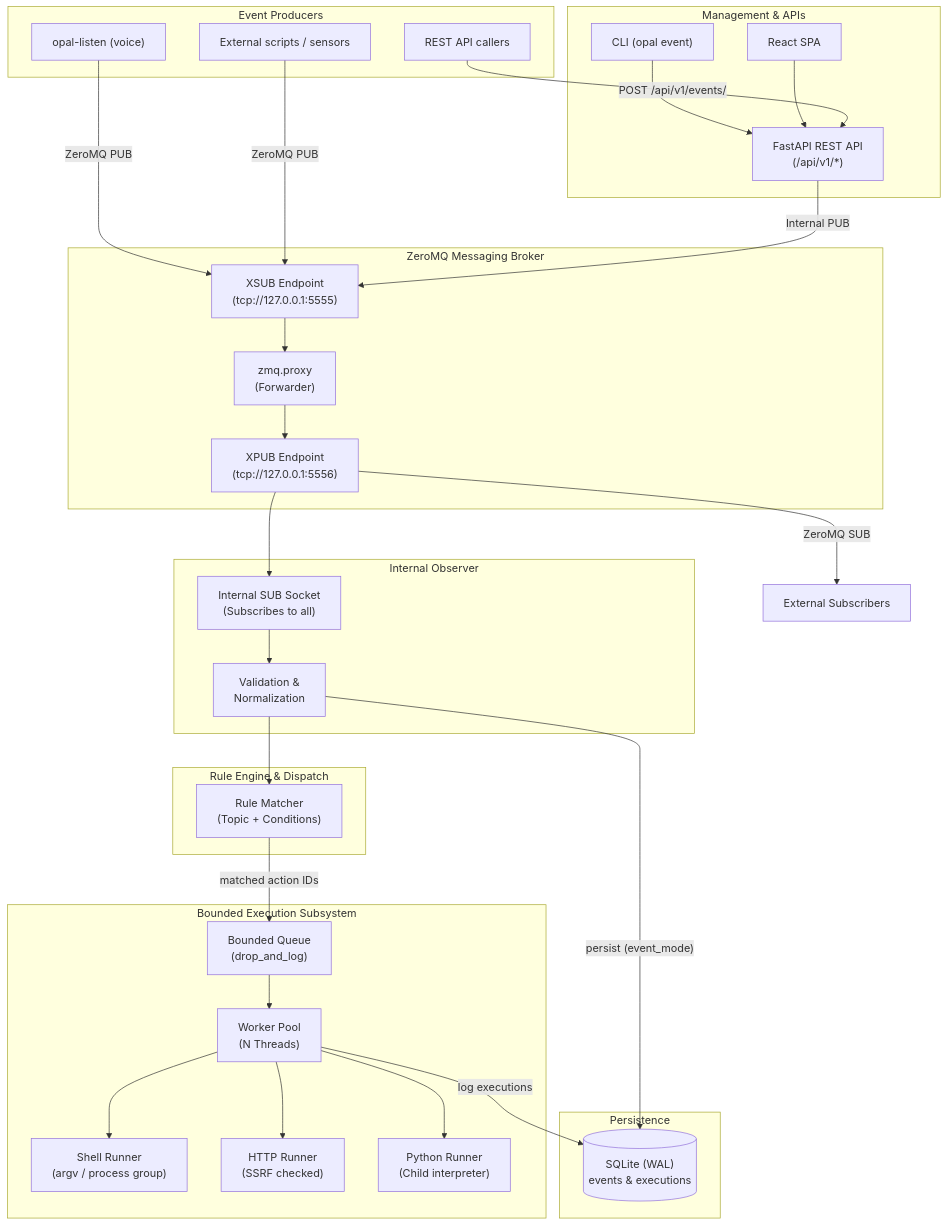
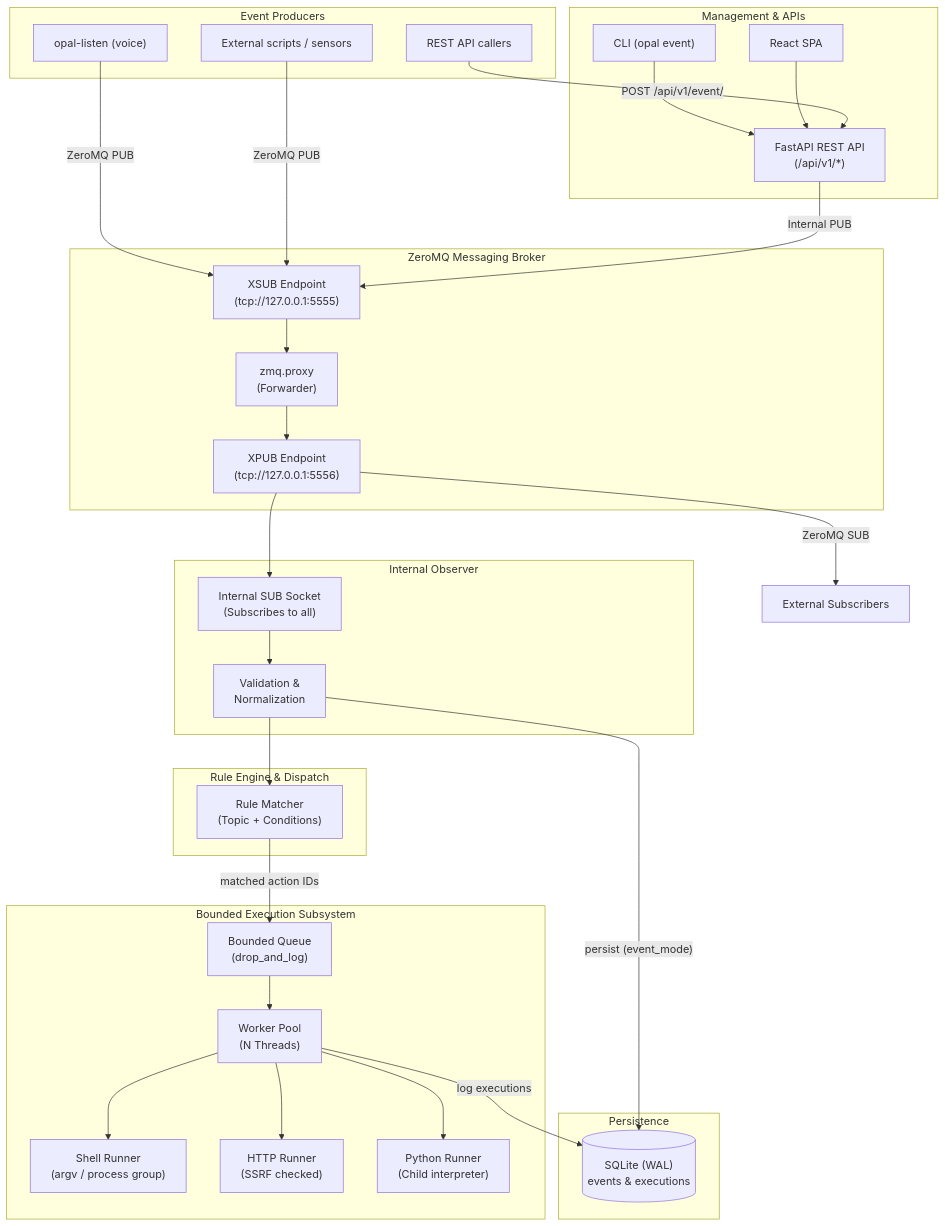
The first of 2 diagrams in docs/USER_GUIDE.md (PatMartin/opal-event), drawn with Mermaid before and after one commit. The commit also changed other lines of this file and 44 other files, not shown here.

````diff
--- a/docs/USER_GUIDE.md
+++ b/docs/USER_GUIDE.md
@@ -302,61 +302,61 @@
 ```mermaid
 flowchart TD
     subgraph Producers["Event Producers"]
         P1["opal-listen (voice)"]
         P2["External scripts / sensors"]
         P3["REST API callers"]
     end
 
     subgraph Broker["ZeroMQ Messaging Broker"]
         XSUB["XSUB Endpoint\n(tcp://127.0.0.1:5555)"]
         PROXY["zmq.proxy\n(Forwarder)"]
         XPUB["XPUB Endpoint\n(tcp://127.0.0.1:5556)"]
         XSUB --> PROXY --> XPUB
     end
 
     subgraph InternalObserver["Internal Observer"]
         SUB["Internal SUB Socket\n(Subscribes to all)"]
         VAL["Validation &\nNormalization"]
         XPUB --> SUB --> VAL
     end
 
     subgraph Storage["Persistence"]
         DB[("SQLite (WAL)\nevents & executions")]
     end
 
     subgraph Engine["Rule Engine & Dispatch"]
         RULE["Rule Matcher\n(Topic + Conditions)"]
     end
 
     subgraph Executor["Bounded Execution Subsystem"]
         QUEUE["Bounded Queue\n(drop_and_log)"]
         WORKERS["Worker Pool\n(N Threads)"]
         ACT_SHELL["Shell Runner\n(argv / process group)"]
         ACT_HTTP["HTTP Runner\n(SSRF checked)"]
         ACT_PY["Python Runner\n(Child interpreter)"]
         QUEUE --> WORKERS
         WORKERS --> ACT_SHELL
         WORKERS --> ACT_HTTP
         WORKERS --> ACT_PY
     end
 
     subgraph Management["Management & APIs"]
         FASTAPI["FastAPI REST API\n(/api/v1/*)"]
         CLI["CLI (opal event)"]
         SPA["React SPA"]
         CLI --> FASTAPI
         SPA --> FASTAPI
     end
 
     P1 -- "ZeroMQ PUB" --> XSUB
     P2 -- "ZeroMQ PUB" --> XSUB
-    P3 -- "POST /api/v1/events/" --> FASTAPI
+    P3 -- "POST /api/v1/event/" --> FASTAPI
     FASTAPI -- "Internal PUB" --> XSUB
 
     VAL -- "persist (event_mode)" --> DB
     VAL --> RULE
     RULE -- "matched action IDs" --> QUEUE
     WORKERS -- "log executions" --> DB
 
     XPUB -- "ZeroMQ SUB" --> EXT_SUB["External Subscribers"]
 ```
````
